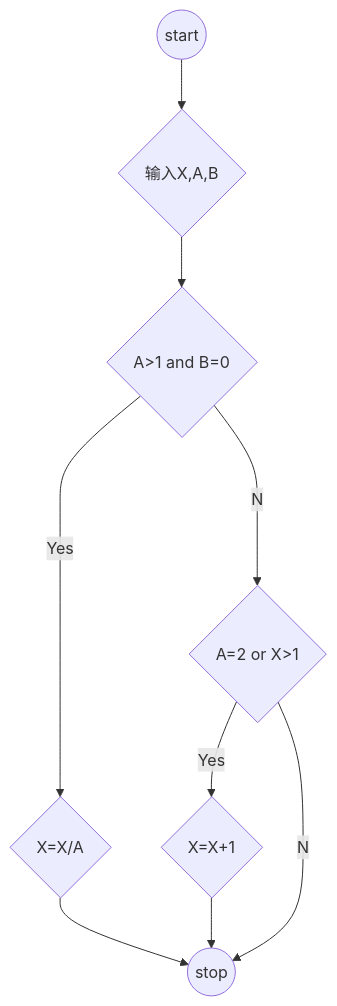
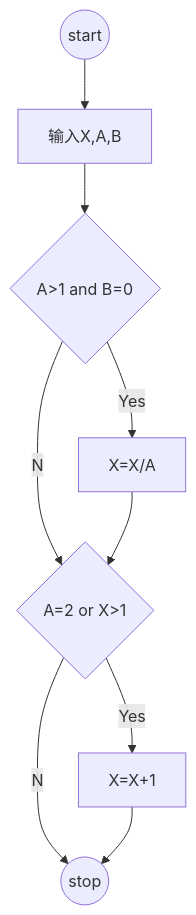
One commit to Clear-Love/Note changed the fifth of 7 diagrams in 软件测试/白盒测试.md. Above: the diagram before and after it, drawn with Mermaid. The commit also changed other lines of this file and 2 other files, not shown here.

````diff
--- a/软件测试/白盒测试.md
+++ b/软件测试/白盒测试.md
@@ -168,12 +378,11 @@
 ```mermaid
-graph TD;
-    start((start))-->input{输入X,A,B};
-    input-->condition1{A>1 and B=0};
-    condition1--Yes-->operation1{X=X/A};
-    condition1--No-->condition2{A=2 or X>1};
-    condition2--Yes-->operation2{X=X+1};
-    condition2--No-->stop((stop));
-    operation1-->stop;
-    operation2-->stop;
-
+graph TD
+    start((start))-->input[输入X,A,B]
+    input-->condition1{A>1 and B=0}
+    condition1--Yes-->operation1[X=X/A]
+    condition1--No-->condition2{A=2 or X>1}
+    condition2--Yes-->operation2[X=X+1]
+    condition2--No-->stop((stop))
+    operation1-->condition2
+    operation2-->stop
 ```
````
